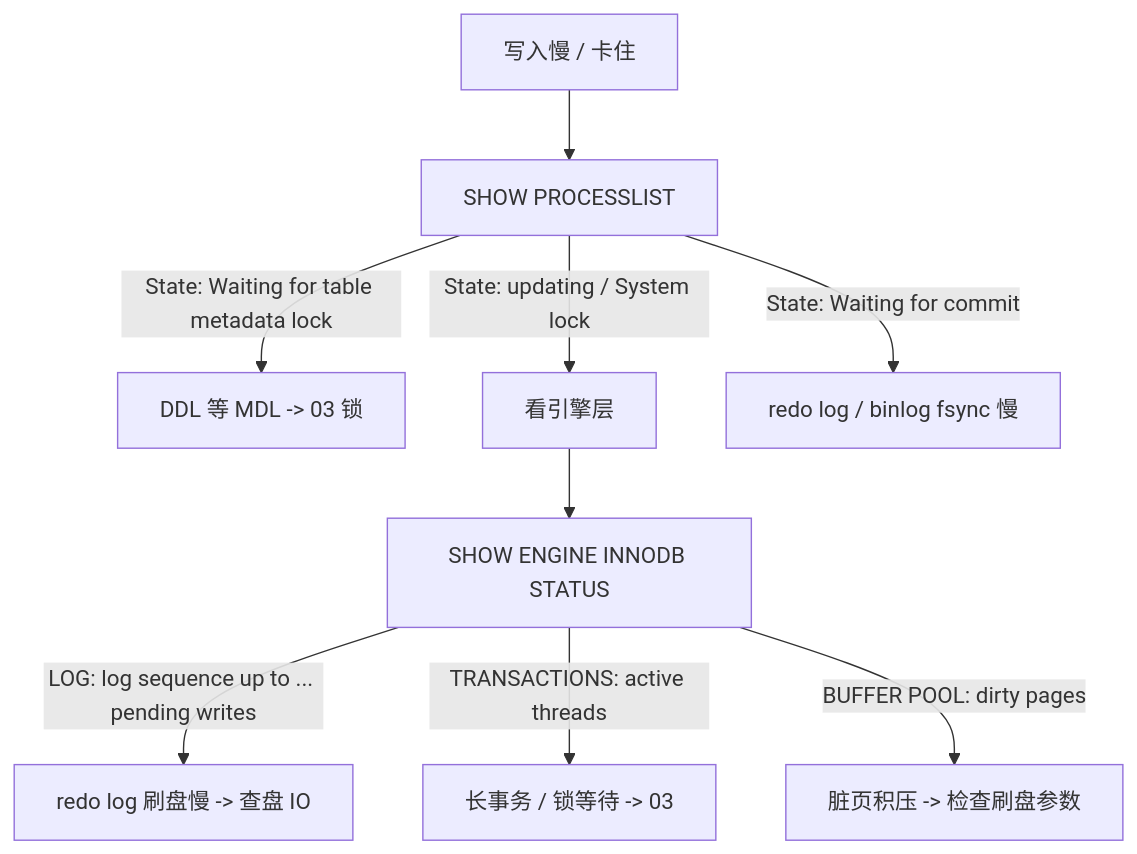
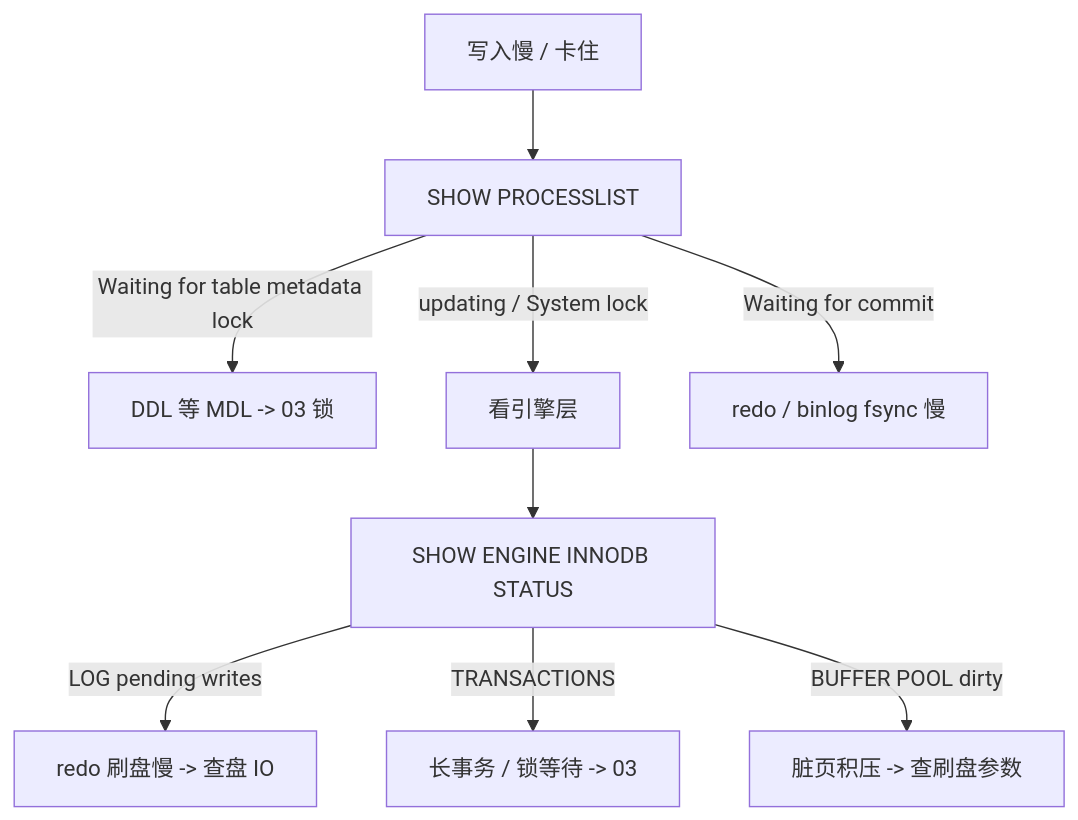
One commit to ml-cuizijun/LearnToLilith changed the seventh of 7 diagrams in 02-中间件与数据库/01-MySQL/01-架构与存储引擎/知识点.md. Above: the diagram before and after it, drawn with Mermaid. The commit also changed other lines of this file and 178 other files, not shown here.

````diff
--- a/02-中间件与数据库/01-MySQL/01-架构与存储引擎/知识点.md
+++ b/02-中间件与数据库/01-MySQL/01-架构与存储引擎/知识点.md
@@ -656,11 +571,11 @@
 ```mermaid
 flowchart TB
     A["写入慢 / 卡住"] --> B["SHOW PROCESSLIST"]
-    B -->|"State: Waiting for table metadata lock"| C["DDL 等 MDL -> 03 锁"]
-    B -->|"State: updating / System lock"| D["看引擎层"]
-    B -->|"State: Waiting for commit"| E["redo log / binlog fsync 慢"]
+    B -->|"Waiting for table metadata lock"| C["DDL 等 MDL -> 03 锁"]
+    B -->|"updating / System lock"| D["看引擎层"]
+    B -->|"Waiting for commit"| E["redo / binlog fsync 慢"]
     D --> F["SHOW ENGINE INNODB STATUS"]
-    F -->|"LOG: log sequence up to ... pending writes"| G["redo log 刷盘慢 -> 查盘 IO"]
-    F -->|"TRANSACTIONS: active threads"| H["长事务 / 锁等待 -> 03"]
-    F -->|"BUFFER POOL: dirty pages"| I["脏页积压 -> 检查刷盘参数"]
+    F -->|"LOG pending writes"| G["redo 刷盘慢 -> 查盘 IO"]
+    F -->|"TRANSACTIONS"| H["长事务 / 锁等待 -> 03"]
+    F -->|"BUFFER POOL dirty"| I["脏页积压 -> 查刷盘参数"]
 ```
````
